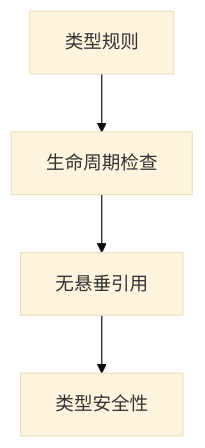
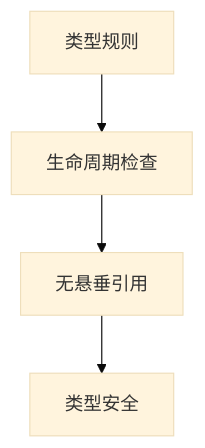
The first of 2 diagrams in formal_rust/refactor/01_core_theory/01_variable_system/15_formal_proof_and_verification.md (martin-ly/rust-lang), drawn with Mermaid (base theme) before and after one commit. The commit also changed other lines of this file and 5740 other files, not shown here.

````diff
--- a/formal_rust/refactor/01_core_theory/01_variable_system/15_formal_proof_and_verification.md
+++ b/formal_rust/refactor/01_core_theory/01_variable_system/15_formal_proof_and_verification.md
@@ -47,6 +47,6 @@
     ```mermaid
     flowchart TD
         A[类型规则] --> B[生命周期检查]
         B --> C[无悬垂引用]
-        C --> D[类型安全性]
+        C --> D[类型安全]
     ```
````
